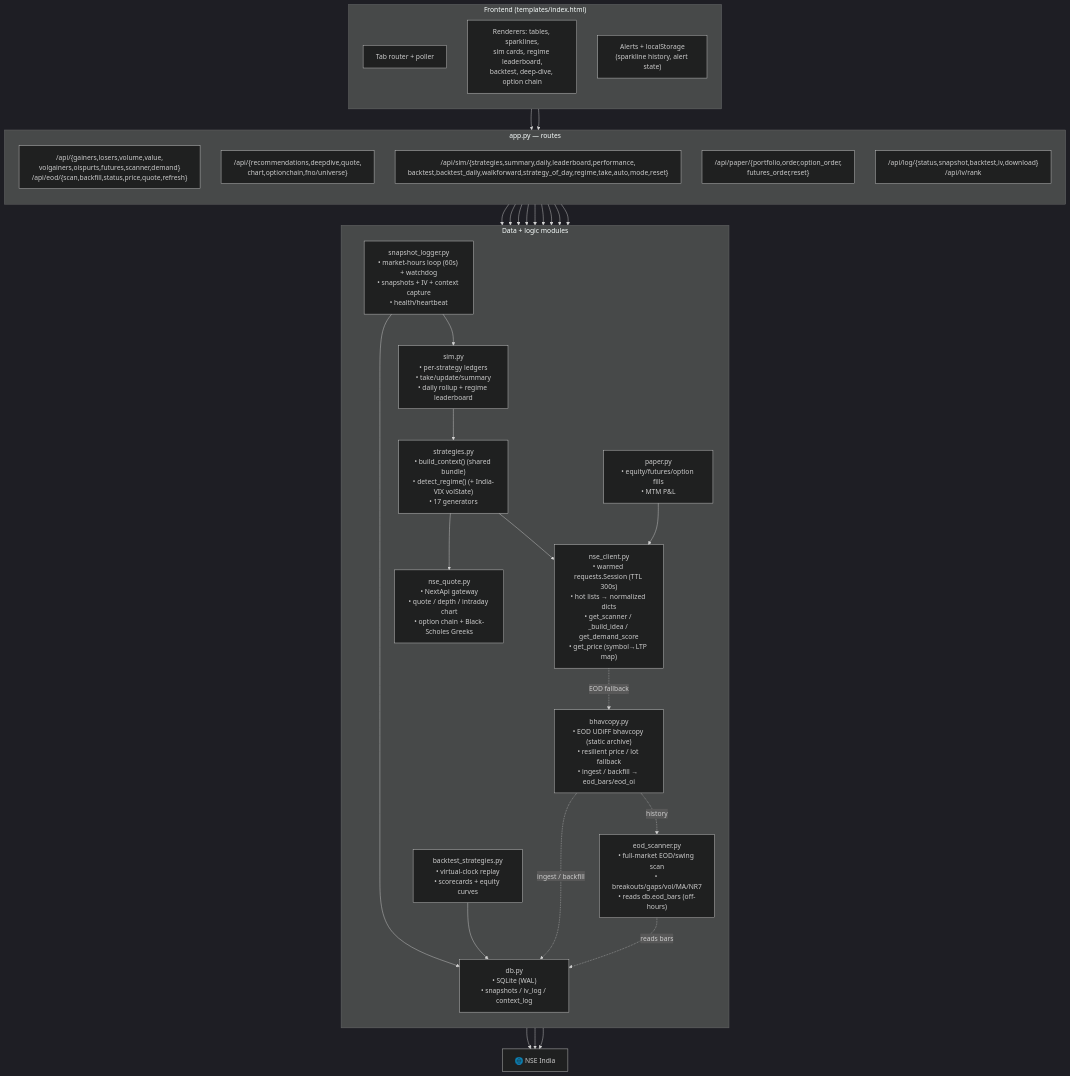
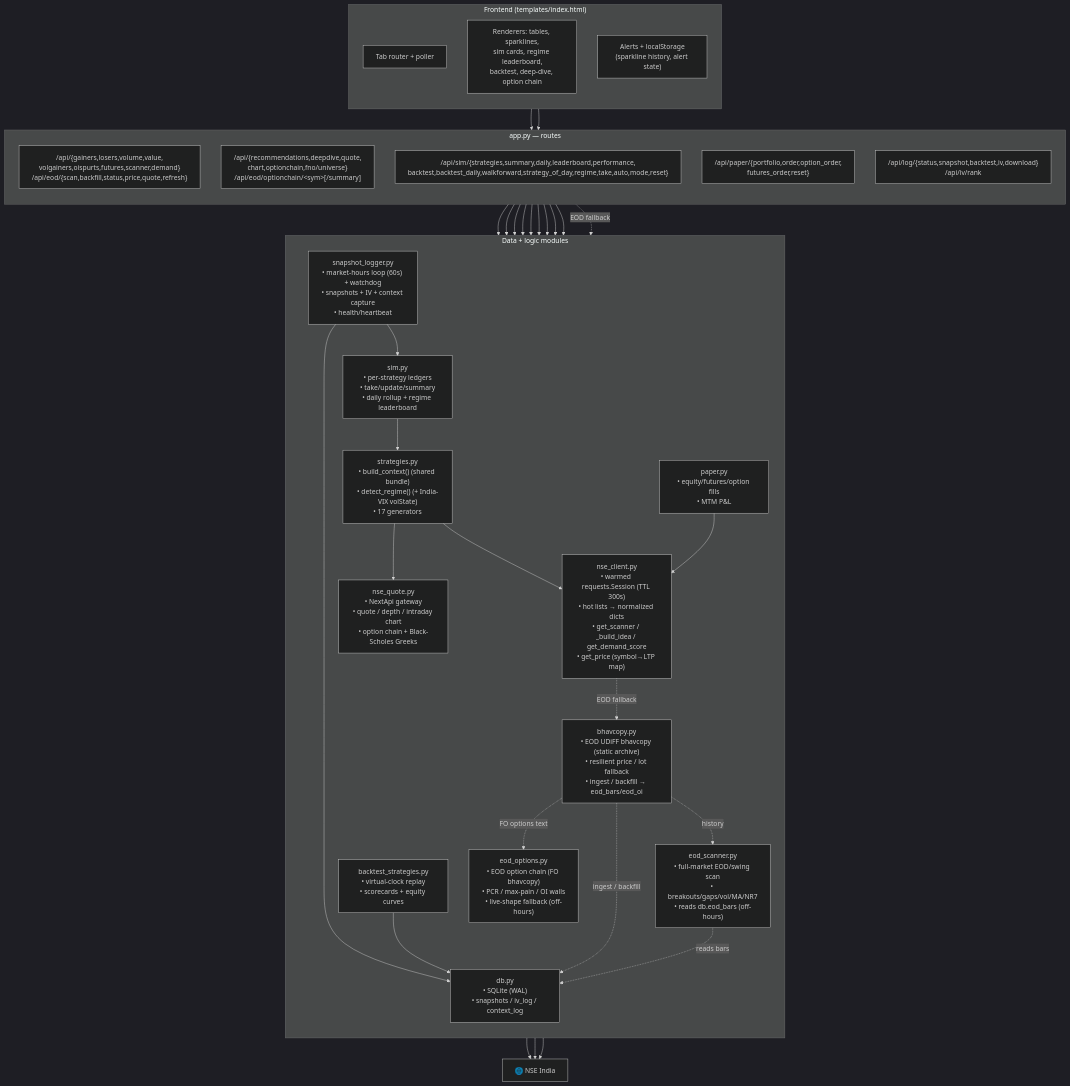
One commit to aakash-jain-1/nse-market-pulse changed the third of 8 diagrams in README.md. Above: the diagram before and after it, drawn with Mermaid (dark theme). The commit also changed other lines of this file and 9 other files, not shown here.

````diff
--- a/README.md
+++ b/README.md
@@ -233,55 +235,58 @@
 ```mermaid
 flowchart TB
     subgraph FE["Frontend (templates/index.html)"]
         direction TB
         TABS["Tab router + poller"]
         REND["Renderers: tables, sparklines,<br/>sim cards, regime leaderboard,<br/>backtest, deep-dive, option chain"]
         ALERT["Alerts + localStorage<br/>(sparkline history, alert state)"]
     end
 
     subgraph API["app.py — routes"]
         direction TB
         R1["/api/{gainers,losers,volume,value,<br/>volgainers,oispurts,futures,scanner,demand}<br/>/api/eod/{scan,backfill,status,price,quote,refresh}"]
-        R2["/api/{recommendations,deepdive,quote,<br/>chart,optionchain,fno/universe}"]
+        R2["/api/{recommendations,deepdive,quote,<br/>chart,optionchain,fno/universe}<br/>/api/eod/optionchain/&lt;sym&gt;[/summary]"]
         R3["/api/sim/{strategies,summary,daily,leaderboard,performance,<br/>backtest,backtest_daily,walkforward,strategy_of_day,regime,take,auto,mode,reset}"]
         R4["/api/paper/{portfolio,order,option_order,<br/>futures_order,reset}"]
         R5["/api/log/{status,snapshot,backtest,iv,download}<br/>/api/iv/rank"]
     end
 
     subgraph DATA["Data + logic modules"]
         direction TB
         NC["nse_client.py<br/>• warmed requests.Session (TTL 300s)<br/>• hot lists → normalized dicts<br/>• get_scanner / _build_idea / get_demand_score<br/>• get_price (symbol→LTP map)"]
         NQ["nse_quote.py<br/>• NextApi gateway<br/>• quote / depth / intraday chart<br/>• option chain + Black-Scholes Greeks"]
         BC["bhavcopy.py<br/>• EOD UDiFF bhavcopy (static archive)<br/>• resilient price / lot fallback<br/>• ingest / backfill → eod_bars/eod_oi"]
         ES["eod_scanner.py<br/>• full-market EOD/swing scan<br/>• breakouts/gaps/vol/MA/NR7<br/>• reads db.eod_bars (off-hours)"]
+        EO["eod_options.py<br/>• EOD option chain (FO bhavcopy)<br/>• PCR / max-pain / OI walls<br/>• live-shape fallback (off-hours)"]
         ST["strategies.py<br/>• build_context() (shared bundle)<br/>• detect_regime() (+ India-VIX volState)<br/>• 17 generators"]
         SM["sim.py<br/>• per-strategy ledgers<br/>• take/update/summary<br/>• daily rollup + regime leaderboard"]
         BK["backtest_strategies.py<br/>• virtual-clock replay<br/>• scorecards + equity curves"]
         PP["paper.py<br/>• equity/futures/option fills<br/>• MTM P&L"]
         SL["snapshot_logger.py<br/>• market-hours loop (60s) + watchdog<br/>• snapshots + IV + context capture<br/>• health/heartbeat"]
         DBM["db.py<br/>• SQLite (WAL)<br/>• snapshots / iv_log / context_log"]
     end
 
     NSEAPI["🌐 NSE India"]
 
     TABS --> API
     REND --> API
     R1 --> NC
     R2 --> NC & NQ
     R3 --> SM & BK & ST
     R4 --> PP
     R5 --> SL
     NC --> NSEAPI
     NQ --> NSEAPI
     ST --> NC & NQ
     SM --> ST
     SL --> SM & DBM
     BK --> DBM
     PP --> NC
     NC -.EOD fallback.-> BC
     BC --> NSEAPI
     BC -.ingest / backfill.-> DBM
     R1 --> ES
     ES -.reads bars.-> DBM
     BC -.history.-> ES
+    R2 -.EOD fallback.-> EO
+    BC -.FO options text.-> EO
 ```
````
